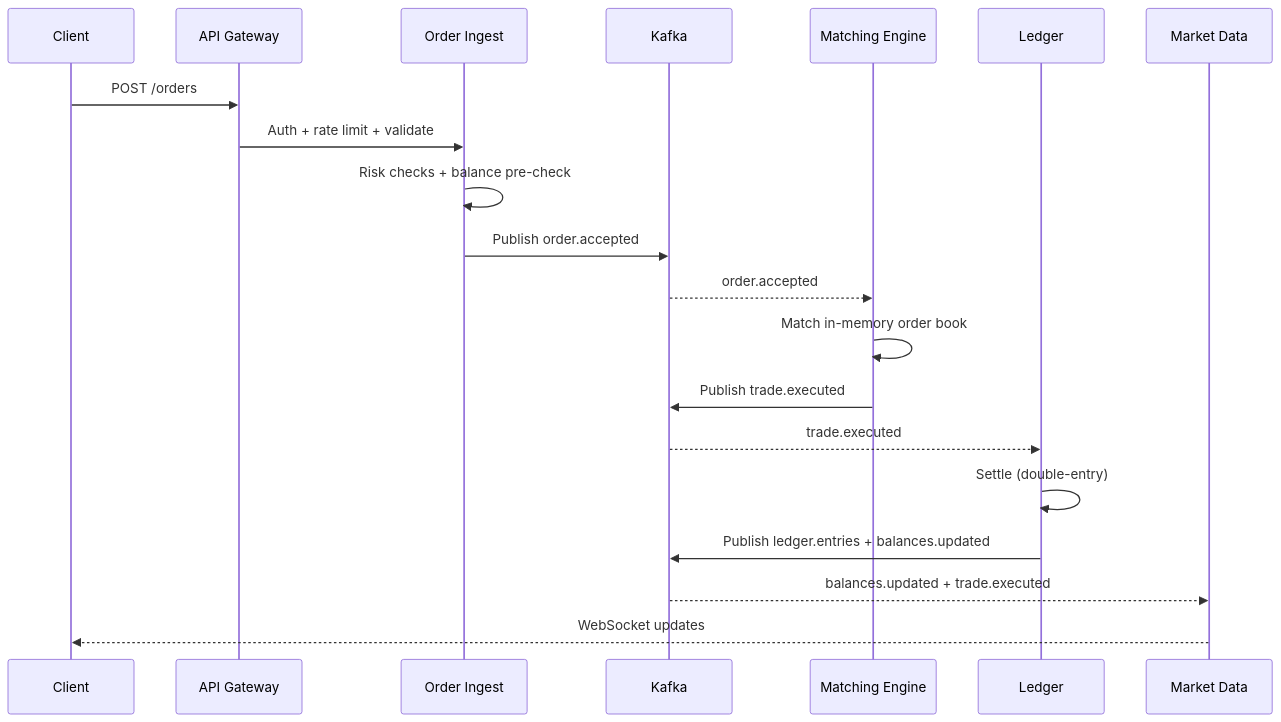
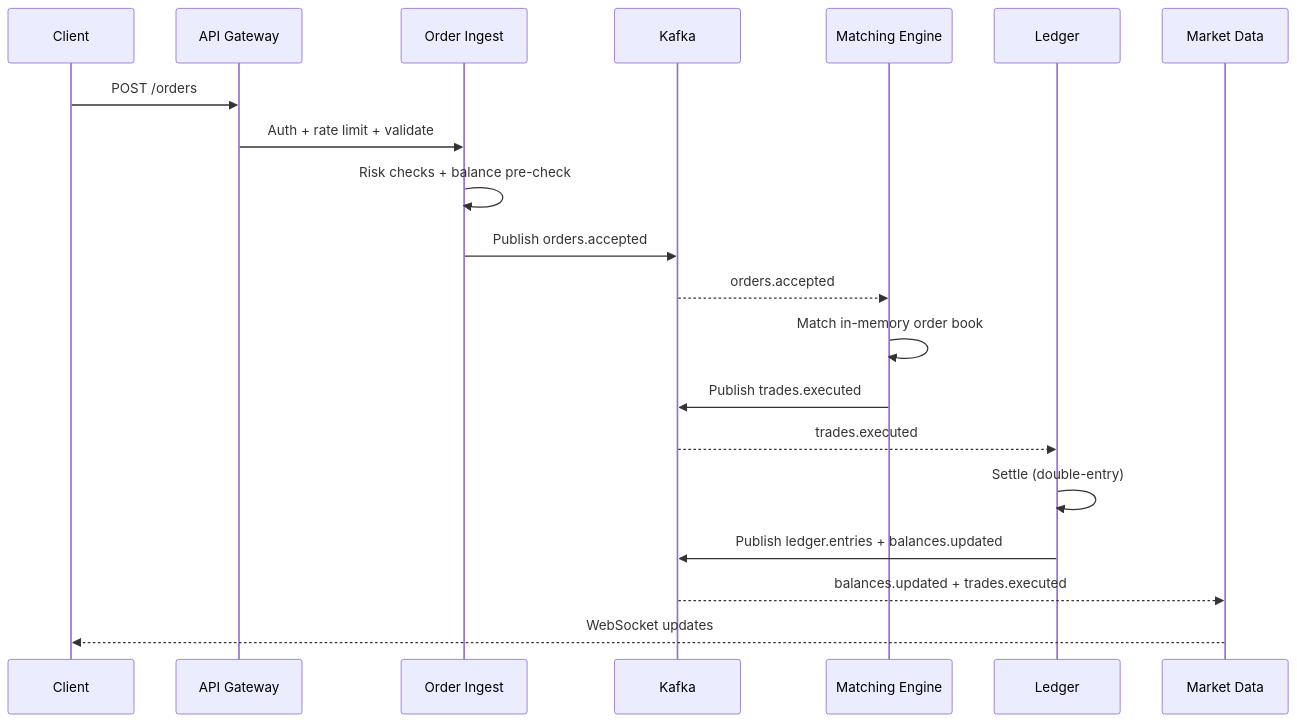
Before and after one commit to AfshinJalili/goex: the diagram in docs/diagrams/order-lifecycle.mmd, drawn with Mermaid. The commit also changed 7 other files, not shown here.

```diff
--- a/docs/diagrams/order-lifecycle.mmd
+++ b/docs/diagrams/order-lifecycle.mmd
@@ -1,21 +1,21 @@
 sequenceDiagram
   participant C as Client
   participant G as API Gateway
   participant O as Order Ingest
   participant K as Kafka
   participant M as Matching Engine
   participant L as Ledger
   participant MD as Market Data
 
   C->>G: POST /orders
   G->>O: Auth + rate limit + validate
   O->>O: Risk checks + balance pre-check
-  O->>K: Publish order.accepted
-  K-->>M: order.accepted
+  O->>K: Publish orders.accepted
+  K-->>M: orders.accepted
   M->>M: Match in-memory order book
-  M->>K: Publish trade.executed
-  K-->>L: trade.executed
+  M->>K: Publish trades.executed
+  K-->>L: trades.executed
   L->>L: Settle (double-entry)
   L->>K: Publish ledger.entries + balances.updated
-  K-->>MD: balances.updated + trade.executed
+  K-->>MD: balances.updated + trades.executed
   MD-->>C: WebSocket updates
```
